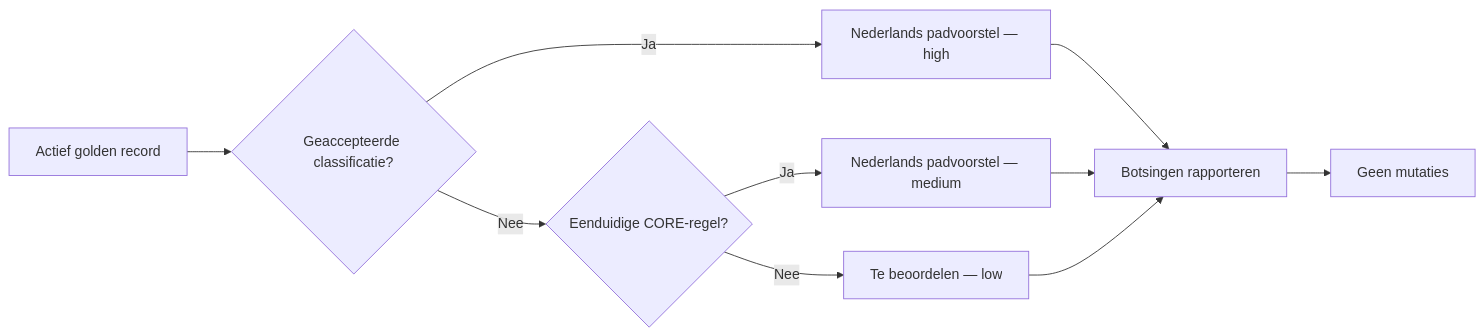
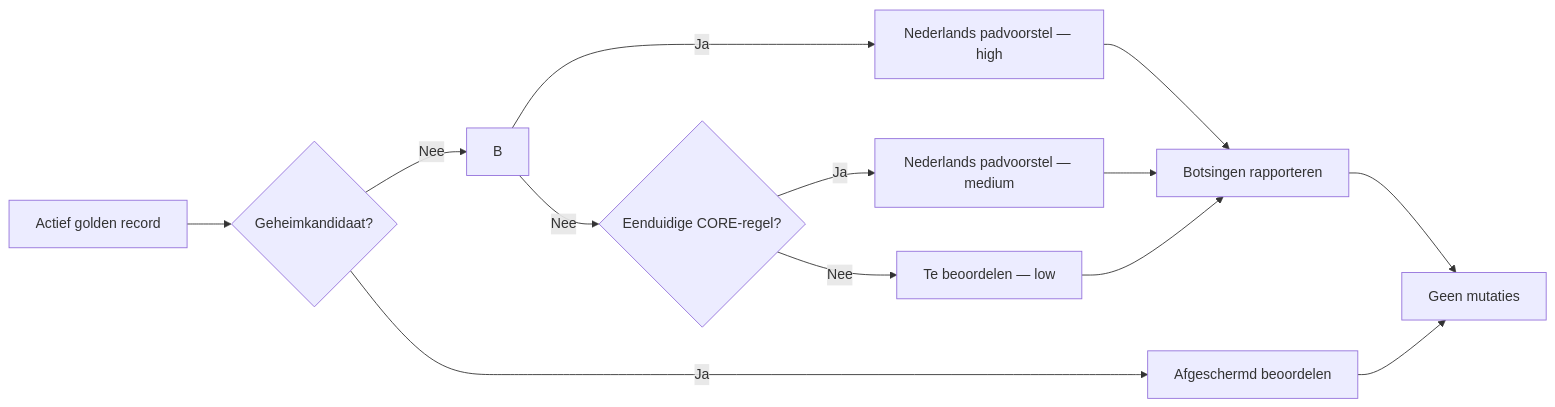
The diagram in docs/project/scrum-96-dutch-target-path-contract.md (hugcoding/core-platform), drawn with Mermaid before and after one commit. The commit also changed other lines of this file and 3 other files, not shown here.

````diff
--- a/docs/project/scrum-96-dutch-target-path-contract.md
+++ b/docs/project/scrum-96-dutch-target-path-contract.md
@@ -43,12 +54,15 @@
 ```mermaid
 flowchart LR
-    A["Actief golden record"] --> B{"Geaccepteerde classificatie?"}
+    A["Actief golden record"] --> S{"Geheimkandidaat?"}
+    S -->|"Ja"| Q["Afgeschermd beoordelen"]
+    S -->|"Nee"| B
     B -->|"Ja"| C["Nederlands padvoorstel — high"]
     B -->|"Nee"| D{"Eenduidige CORE-regel?"}
     D -->|"Ja"| E["Nederlands padvoorstel — medium"]
     D -->|"Nee"| F["Te beoordelen — low"]
     C --> G["Botsingen rapporteren"]
     E --> G
     F --> G
     G --> H["Geen mutaties"]
+    Q --> H
 ```
````
